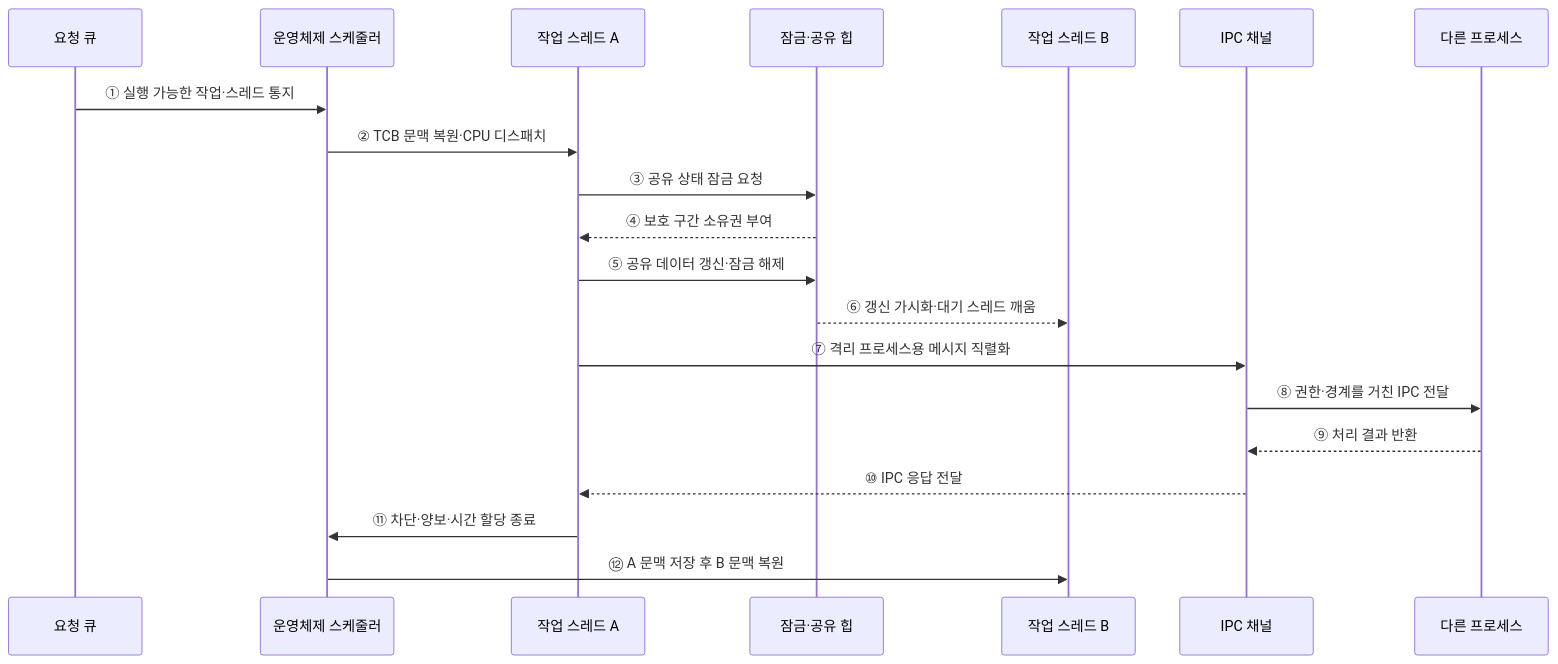
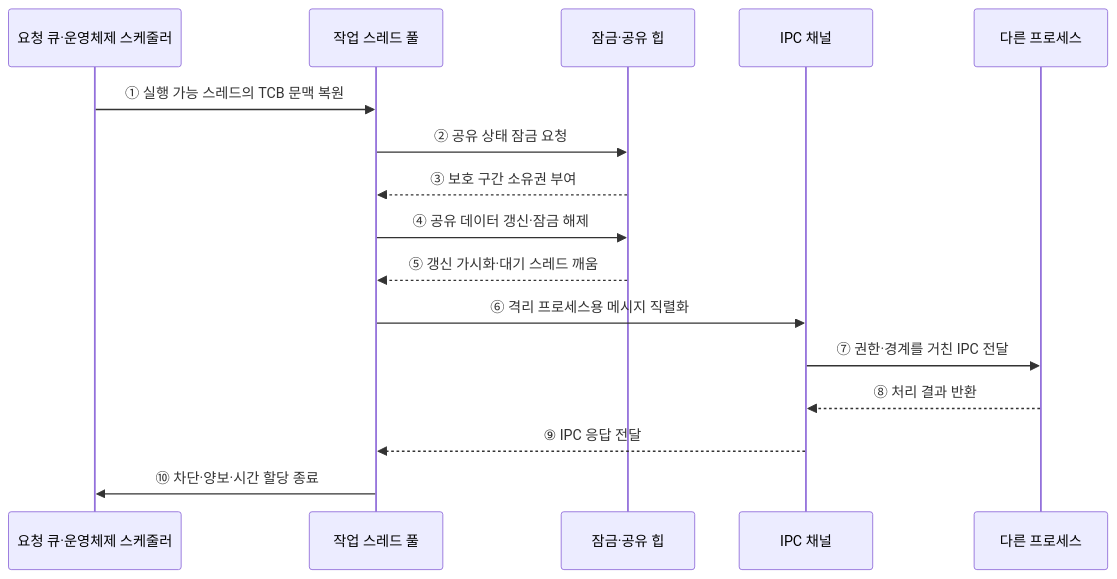
The second of 2 diagrams in src/content/docs/notes/03-software/001_process_vs_thread.md (agnusdei1207/knowledge-base), drawn with Mermaid before and after one commit. The commit also changed other lines of this file and 20 other files, not shown here.

````diff
--- a/src/content/docs/notes/03-software/001_process_vs_thread.md
+++ b/src/content/docs/notes/03-software/001_process_vs_thread.md
@@ -91,23 +83,19 @@
 ```mermaid
 sequenceDiagram
-    participant Q as 요청 큐
-    participant S as 운영체제 스케줄러
-    participant A as 작업 스레드 A
+    participant S as 요청 큐·운영체제 스케줄러
+    participant A as 작업 스레드 풀
     participant L as 잠금·공유 힙
-    participant B as 작업 스레드 B
     participant I as IPC 채널
     participant P as 다른 프로세스
 
-    Q->>S: ① 실행 가능한 작업·스레드 통지
-    S->>A: ② TCB 문맥 복원·CPU 디스패치
-    A->>L: ③ 공유 상태 잠금 요청
-    L-->>A: ④ 보호 구간 소유권 부여
-    A->>L: ⑤ 공유 데이터 갱신·잠금 해제
-    L-->>B: ⑥ 갱신 가시화·대기 스레드 깨움
-    A->>I: ⑦ 격리 프로세스용 메시지 직렬화
-    I->>P: ⑧ 권한·경계를 거친 IPC 전달
-    P-->>I: ⑨ 처리 결과 반환
-    I-->>A: ⑩ IPC 응답 전달
-    A->>S: ⑪ 차단·양보·시간 할당 종료
-    S->>B: ⑫ A 문맥 저장 후 B 문맥 복원
+    S->>A: ① 실행 가능 스레드의 TCB 문맥 복원
+    A->>L: ② 공유 상태 잠금 요청
+    L-->>A: ③ 보호 구간 소유권 부여
+    A->>L: ④ 공유 데이터 갱신·잠금 해제
+    L-->>A: ⑤ 갱신 가시화·대기 스레드 깨움
+    A->>I: ⑥ 격리 프로세스용 메시지 직렬화
+    I->>P: ⑦ 권한·경계를 거친 IPC 전달
+    P-->>I: ⑧ 처리 결과 반환
+    I-->>A: ⑨ IPC 응답 전달
+    A->>S: ⑩ 차단·양보·시간 할당 종료
 ```
````
